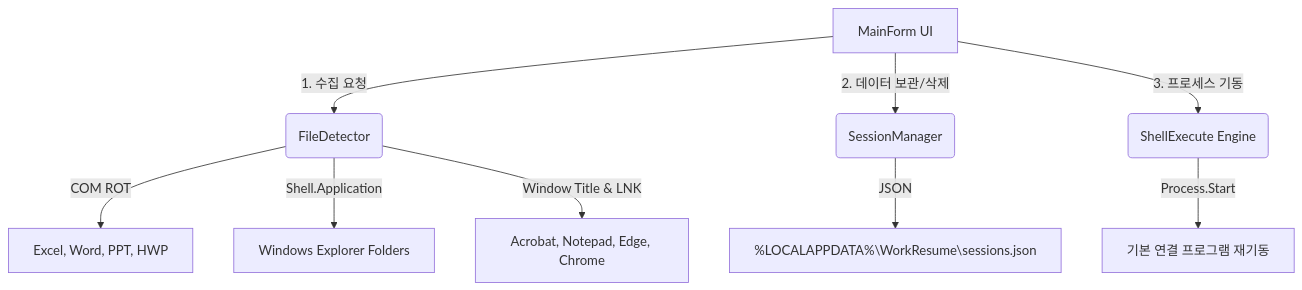
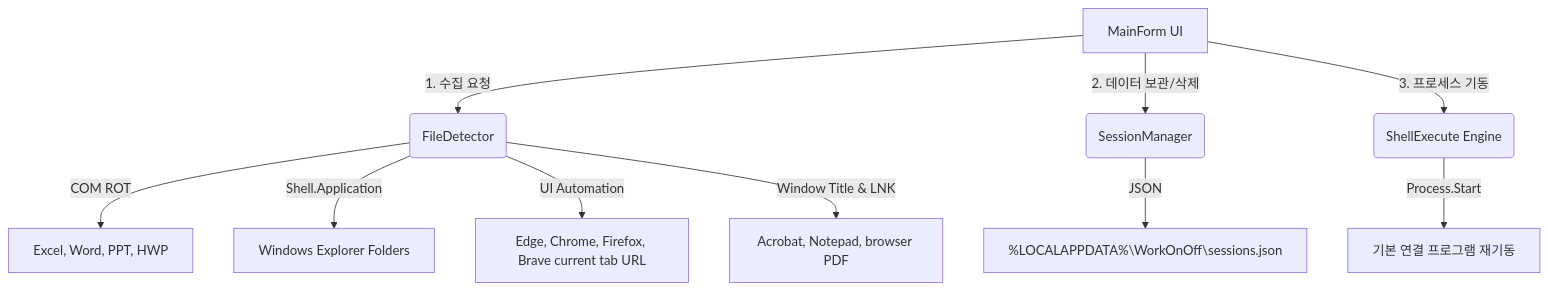
The diagram in ARCHITECTURE.md (m2kd23/workOnOff), drawn with Mermaid before and after one commit. The commit also changed other lines of this file and 16 other files, not shown here.

Commit message:
Release WorkOnOff 1.0.0

````diff
--- a/ARCHITECTURE.md
+++ b/ARCHITECTURE.md
@@ -11,14 +11,15 @@
 ```mermaid
 graph TD
     A[MainForm UI] -->|1. 수집 요청| B(FileDetector)
     A -->|2. 데이터 보관/삭제| C(SessionManager)
     A -->|3. 프로세스 기동| D(ShellExecute Engine)
     
     B -->|COM ROT| E[Excel, Word, PPT, HWP]
     B -->|Shell.Application| F[Windows Explorer Folders]
-    B -->|Window Title & LNK| G[Acrobat, Notepad, Edge, Chrome]
+    B -->|UI Automation| G[Edge, Chrome, Firefox, Brave current tab URL]
+    B -->|Window Title & LNK| H[Acrobat, Notepad, browser PDF]
     
-    C -->|JSON| H[%LOCALAPPDATA%\WorkResume\sessions.json]
+    C -->|JSON| I[%LOCALAPPDATA%\WorkOnOff\sessions.json]
     
-    D -->|Process.Start| I[기본 연결 프로그램 재기동]
+    D -->|Process.Start| J[기본 연결 프로그램 재기동]
 ```
````
